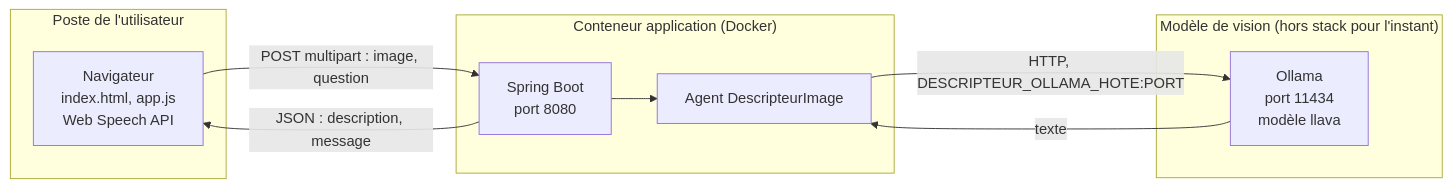
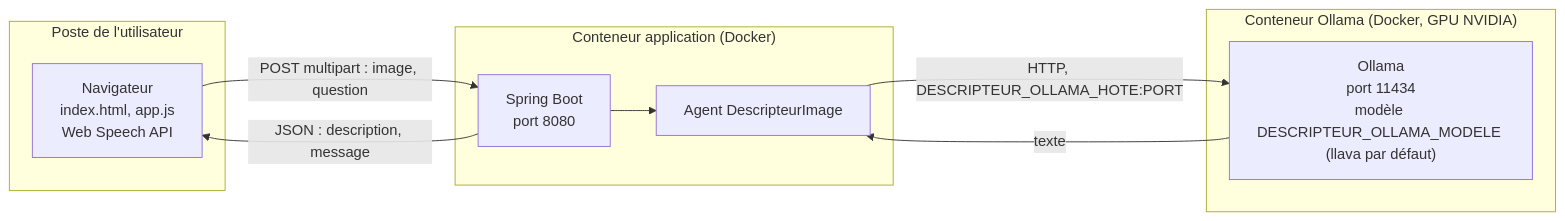
The seventh of 9 diagrams in docs/03-diagrammes-uml.md (Valentin-Griffon/dev-pro-projet_Esposito_Griffon), drawn with Mermaid before and after one commit. The commit also changed 5 other files, not shown here.

Commit message:
docs: décrire Ollama dans la stack Docker et le choix du modèle

````diff
--- a/docs/03-diagrammes-uml.md
+++ b/docs/03-diagrammes-uml.md
@@ -200,21 +200,21 @@
 ```mermaid
 flowchart LR
     subgraph Poste["Poste de l'utilisateur"]
         NAV["Navigateur<br/>index.html, app.js<br/>Web Speech API"]
     end
 
     subgraph Conteneur["Conteneur application (Docker)"]
         APP["Spring Boot<br/>port 8080"]
         AG["Agent DescripteurImage"]
     end
 
-    subgraph Modele["Modèle de vision (hors stack pour l'instant)"]
-        OLL["Ollama<br/>port 11434<br/>modèle llava"]
+    subgraph Modele["Conteneur Ollama (Docker, GPU NVIDIA)"]
+        OLL["Ollama<br/>port 11434<br/>modèle DESCRIPTEUR_OLLAMA_MODELE (llava par défaut)"]
     end
 
     NAV -- "POST multipart : image, question" --> APP
     APP -- "JSON : description, message" --> NAV
     APP --> AG
     AG -- "HTTP, DESCRIPTEUR_OLLAMA_HOTE:PORT" --> OLL
     OLL -- "texte" --> AG
 ```
````
